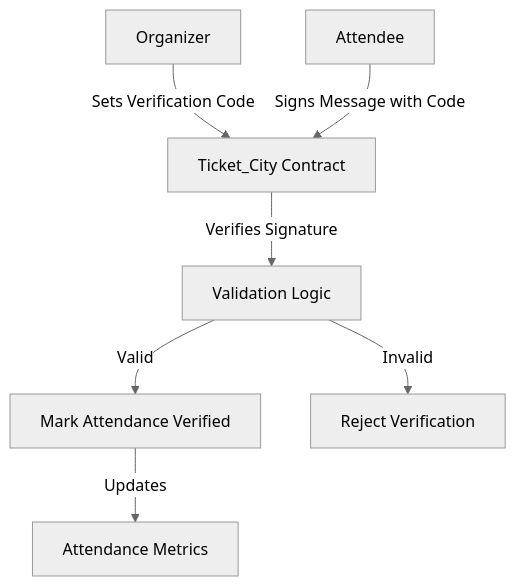
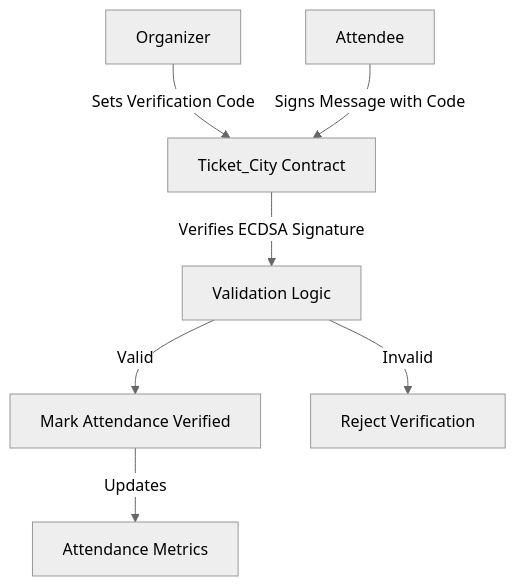
Before and after one commit to DevBigEazi/TicketCity: the third of 6 diagrams in README.md, drawn with Mermaid (neutral theme). The commit also changed other lines of this file and 5 other files, not shown here.

````diff
--- a/README.md
+++ b/README.md
@@ -309,9 +345,9 @@
 ```mermaid
 graph TD
     A[Organizer] -->|Sets Verification Code| B[Ticket_City Contract]
     C[Attendee] -->|Signs Message with Code| B
-    B -->|Verifies Signature| D[Validation Logic]
+    B -->|Verifies ECDSA Signature| D[Validation Logic]
     D -->|Valid| E[Mark Attendance Verified]
     D -->|Invalid| F[Reject Verification]
     E -->|Updates| G[Attendance Metrics]
 ```
````
